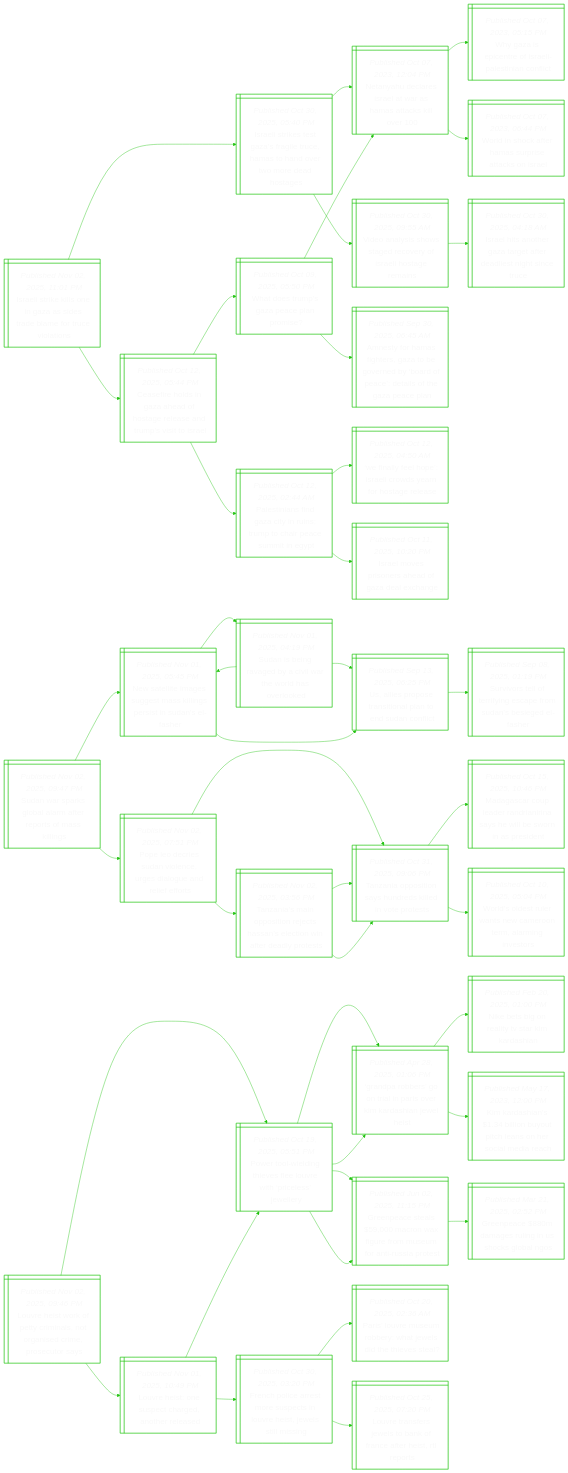
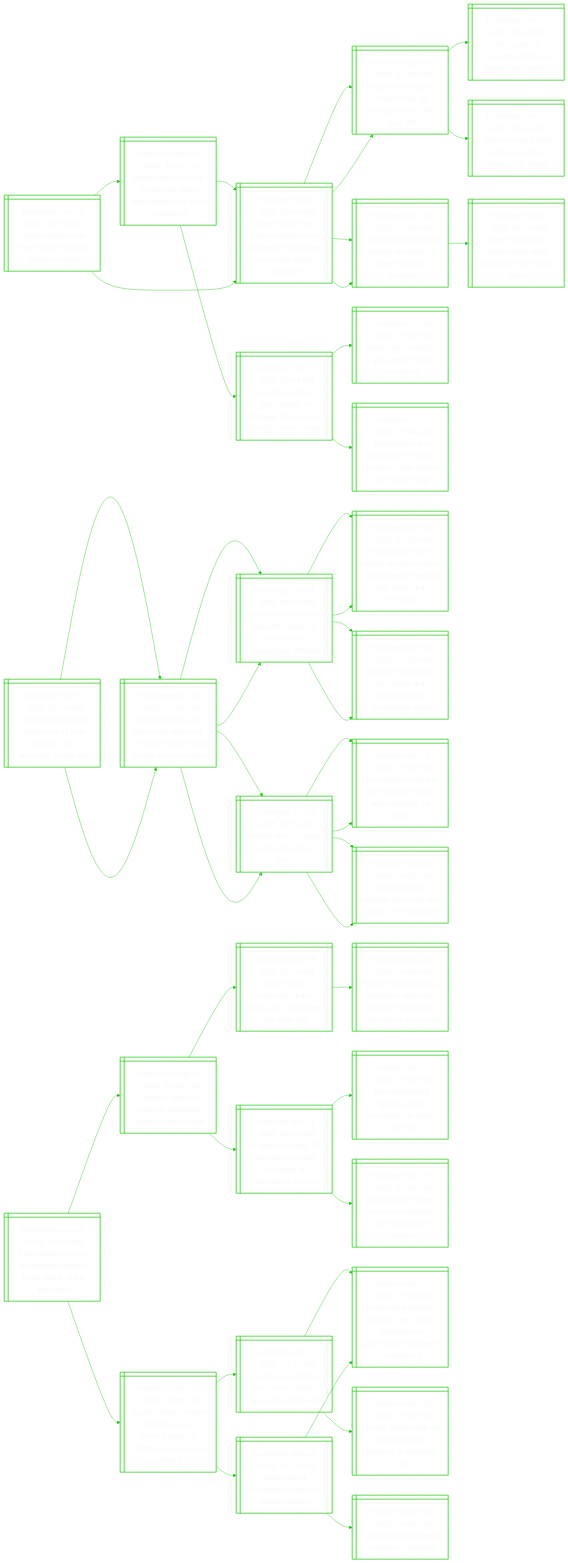
Before and after one commit to notJmes/notJmes: the diagram in README.md, drawn with Mermaid. The commit also changed other lines of this file, not shown here.

````diff
--- a/README.md
+++ b/README.md
@@ -16,8 +16,22 @@
 flowchart LR
 classDef txtsize font-size:20px;
 
+Hhohosbsr@{ shape: win-pane, label: "_Published Nov 03, 2025, 03:55 AM_
+Hamas hands over three more hostage bodies to israel" }
 Ililezirlocln@{ shape: win-pane, label: "_Published Nov 02, 2025, 11:01 PM_
 Israeli strike kills one in gaza as sides trade blame for truce violations" }
+IliezatHtdtrda@{ shape: win-pane, label: "_Published Oct 30, 2025, 05:40 PM_
+Israeli strikes test gaza’s fragile truce, hamas to hand over two more dead hostages" }
+NyeeawHakl@{ shape: win-pane, label: "_Published Oct 07, 2023, 12:04 PM_
+Netanyahu declares israel at war as hamas attacks kill over 100" }
+Vasoaersiam@{ shape: win-pane, label: "_Published Oct 30, 2025, 09:55 AM_
+Video analysis shows staged recovery of israeli hostage remains" }
+Cfonaoteervta@{ shape: win-pane, label: "_Published Oct 12, 2025, 05:44 PM_
+Ceasefire holds in gaza ahead of hostage release and trump’s visit to israel" }
+Wouaaam@{ shape: win-pane, label: "_Published Oct 09, 2025, 05:50 PM_
+What does trump’s gaza peace plan promise?" }
+PtndCnspaamnt@{ shape: win-pane, label: "_Published Oct 12, 2025, 02:44 AM_
+Palestinians find gaza city in ruins; trump to chair peace summit in egypt" }
 IliezatHtdtrda@{ shape: win-pane, label: "_Published Oct 30, 2025, 05:40 PM_
 Israeli strikes test gaza’s fragile truce, hamas to hand over two more dead hostages" }
 NyeeawHakl@{ shape: win-pane, label: "_Published Oct 07, 2023, 12:04 PM_
@@ -30,119 +44,108 @@
 Video analysis shows staged recovery of israeli hostage remains" }
 Ilaeaeedttee@{ shape: win-pane, label: "_Published Oct 30, 2025, 04:18 AM_
 Israel hits another gaza target after deadliest night since truce" }
-Cfonaoteervta@{ shape: win-pane, label: "_Published Oct 12, 2025, 05:44 PM_
-Ceasefire holds in gaza ahead of hostage release and trump’s visit to israel" }
-Wouaaam@{ shape: win-pane, label: "_Published Oct 09, 2025, 05:50 PM_
-What does trump’s gaza peace plan promise?" }
-AtHfezerydatoGel@{ shape: win-pane, label: "_Published Sep 30, 2025, 06:45 AM_
-Amnesty for hamas fighters, gaza to be governed by ‘board of peace’: details of the gaza peace plan" }
-NyeeawHakl@{ shape: win-pane, label: "_Published Oct 07, 2023, 12:04 PM_
-Netanyahu declares israel at war as hamas attacks kill over 100" }
-PtndCnspaamnt@{ shape: win-pane, label: "_Published Oct 12, 2025, 02:44 AM_
-Palestinians find gaza city in ruins; trump to chair peace summit in egypt" }
-Waeparyfsrs@{ shape: win-pane, label: "_Published Oct 12, 2025, 04:50 AM_
-‘we finally feel hope’: israeli crowds yearn for hostage release" }
-Ilsoaoaen@{ shape: win-pane, label: "_Published Oct 11, 2025, 10:20 PM_
-Israel moves prisoners ahead of gaza deal exchange" }
 
+Hhohosbsr:::txtsize --> Ililezirlocln:::txtsize
 Ililezirlocln:::txtsize --> IliezatHtdtrda:::txtsize
+IliezatHtdtrda:::txtsize --> NyeeawHakl:::txtsize
+IliezatHtdtrda:::txtsize --> Vasoaersiam:::txtsize
+Ililezirlocln:::txtsize --> Cfonaoteervta:::txtsize
+Cfonaoteervta:::txtsize --> Wouaaam:::txtsize
+Cfonaoteervta:::txtsize --> PtndCnspaamnt:::txtsize
+Hhohosbsr:::txtsize --> IliezatHtdtrda:::txtsize
 IliezatHtdtrda:::txtsize --> NyeeawHakl:::txtsize
 NyeeawHakl:::txtsize --> WzptIleint:::txtsize
 NyeeawHakl:::txtsize --> Wiceapaks:::txtsize
 IliezatHtdtrda:::txtsize --> Vasoaersiam:::txtsize
 Vasoaersiam:::txtsize --> Ilaeaeedttee:::txtsize
-Ililezirlocln:::txtsize --> Cfonaoteervta:::txtsize
-Cfonaoteervta:::txtsize --> Wouaaam:::txtsize
-Wouaaam:::txtsize --> AtHfezerydatoGel:::txtsize
-Wouaaam:::txtsize --> NyeeawHakl:::txtsize
-Cfonaoteervta:::txtsize --> PtndCnspaamnt:::txtsize
-PtndCnspaamnt:::txtsize --> Waeparyfsrs:::txtsize
-PtndCnspaamnt:::txtsize --> Ilsoaoaen:::txtsize
 
-Swalaartals@{ shape: win-pane, label: "_Published Nov 02, 2025, 09:47 PM_
-Sudan war sparks global alarm after reports of mass killings" }
-Nttggmigsnna@{ shape: win-pane, label: "_Published Nov 01, 2025, 05:45 PM_
-New satellite images suggest mass killings persist in sudan’s el-fasher" }
-Sinayitrsld@{ shape: win-pane, label: "_Published Nov 01, 2025, 04:19 PM_
-Sudan is being ravaged by a civil war the world has overlooked" }
-Nttggmigsnna@{ shape: win-pane, label: "_Published Nov 01, 2025, 05:45 PM_
-New satellite images suggest mass killings persist in sudan’s el-fasher" }
-Uiotiandnl@{ shape: win-pane, label: "_Published Sep 13, 2025, 06:25 PM_
-Us, allies propose transitional plan to end sudan conflict" }
-Uiotiandnl@{ shape: win-pane, label: "_Published Sep 13, 2025, 06:25 PM_
-Us, allies propose transitional plan to end sudan conflict" }
-SvetfeeSsele@{ shape: win-pane, label: "_Published Sep 08, 2025, 01:19 PM_
-Survivors tell of terrifying escape from sudan’s besieged el-fasher" }
-Peruicelalfs@{ shape: win-pane, label: "_Published Nov 02, 2025, 07:51 PM_
-Pope leo decries sudan violence, urges dialogue and relief efforts" }
-Tnpiydkdtt@{ shape: win-pane, label: "_Published Oct 31, 2025, 09:06 PM_
-Tanzania opposition says hundreds killed in vote protests" }
-MaceRiiyisire@{ shape: win-pane, label: "_Published Oct 15, 2025, 10:46 PM_
-Madagascar coup leader randrianirina says he will be sworn in as president" }
-WssetCorrit@{ shape: win-pane, label: "_Published Oct 10, 2025, 05:04 PM_
-World’s oldest ruler wants new cameroon term, alarming investors" }
-TnapijHncwtart@{ shape: win-pane, label: "_Published Nov 02, 2025, 03:56 PM_
-Tanzania’s main opposition rejects hassan’s election win after deadly protests" }
-Tnpiydkdtt@{ shape: win-pane, label: "_Published Oct 31, 2025, 09:06 PM_
-Tanzania opposition says hundreds killed in vote protests" }
-Tnpiydkdtt@{ shape: win-pane, label: "_Published Oct 31, 2025, 09:06 PM_
-Tanzania opposition says hundreds killed in vote protests" }
+Uibsitnanrsiy@{ shape: win-pane, label: "_Published Nov 03, 2025, 03:29 AM_
+Uk train stabbings carried out by lone attacker, not terrorism, police say" }
+BsiynectrnnBsat@{ shape: win-pane, label: "_Published Nov 02, 2025, 02:59 PM_
+British police say train knife attack not terrorist incident, two british men arrested" }
+Bsoisnaceaec@{ shape: win-pane, label: "_Published Oct 03, 2025, 06:58 AM_
+British man of syrian descent named as manchester synagogue attacker" }
+Sontasaerdnhnit@{ shape: win-pane, label: "_Published Oct 03, 2025, 12:20 AM_
+Synagogue knife attack alarms britain’s jews already dealing with rising anti-semitism" }
+Sesaletiasot@{ shape: win-pane, label: "_Published Oct 03, 2025, 02:10 AM_
+Starmer says britain will defeat anti-semitism after synagogue attack" }
+Bieaykccs@{ shape: win-pane, label: "_Published Jul 29, 2025, 02:18 PM_
+Britain tries to tackle youth knife crime crisis" }
+Tinentittape@{ shape: win-pane, label: "_Published Jul 29, 2024, 09:30 PM_
+Two children killed in knife attack in north-west england: uk police" }
+Bsealhtfmln@{ shape: win-pane, label: "_Published Sep 09, 2024, 06:35 PM_
+British pm keir starmer launches anti-knife crime coalition" }
+BsiynectrnnBsat@{ shape: win-pane, label: "_Published Nov 02, 2025, 02:59 PM_
+British police say train knife attack not terrorist incident, two british men arrested" }
+Bsoisnaceaec@{ shape: win-pane, label: "_Published Oct 03, 2025, 06:58 AM_
+British man of syrian descent named as manchester synagogue attacker" }
+Sontasaerdnhnit@{ shape: win-pane, label: "_Published Oct 03, 2025, 12:20 AM_
+Synagogue knife attack alarms britain’s jews already dealing with rising anti-semitism" }
+Sesaletiasot@{ shape: win-pane, label: "_Published Oct 03, 2025, 02:10 AM_
+Starmer says britain will defeat anti-semitism after synagogue attack" }
+Bieaykccs@{ shape: win-pane, label: "_Published Jul 29, 2025, 02:18 PM_
+Britain tries to tackle youth knife crime crisis" }
+Tinentittape@{ shape: win-pane, label: "_Published Jul 29, 2024, 09:30 PM_
+Two children killed in knife attack in north-west england: uk police" }
+Bsealhtfmln@{ shape: win-pane, label: "_Published Sep 09, 2024, 06:35 PM_
+British pm keir starmer launches anti-knife crime coalition" }
 
-Swalaartals:::txtsize --> Nttggmigsnna:::txtsize
-Nttggmigsnna:::txtsize --> Sinayitrsld:::txtsize
-Sinayitrsld:::txtsize --> Nttggmigsnna:::txtsize
-Sinayitrsld:::txtsize --> Uiotiandnl:::txtsize
-Nttggmigsnna:::txtsize --> Uiotiandnl:::txtsize
-Uiotiandnl:::txtsize --> SvetfeeSsele:::txtsize
-Swalaartals:::txtsize --> Peruicelalfs:::txtsize
-Peruicelalfs:::txtsize --> Tnpiydkdtt:::txtsize
-Tnpiydkdtt:::txtsize --> MaceRiiyisire:::txtsize
-Tnpiydkdtt:::txtsize --> WssetCorrit:::txtsize
-Peruicelalfs:::txtsize --> TnapijHncwtart:::txtsize
-TnapijHncwtart:::txtsize --> Tnpiydkdtt:::txtsize
-TnapijHncwtart:::txtsize --> Tnpiydkdtt:::txtsize
+Uibsitnanrsiy:::txtsize --> BsiynectrnnBsat:::txtsize
+BsiynectrnnBsat:::txtsize --> Bsoisnaceaec:::txtsize
+Bsoisnaceaec:::txtsize --> Sontasaerdnhnit:::txtsize
+Bsoisnaceaec:::txtsize --> Sesaletiasot:::txtsize
+BsiynectrnnBsat:::txtsize --> Bieaykccs:::txtsize
+Bieaykccs:::txtsize --> Tinentittape:::txtsize
+Bieaykccs:::txtsize --> Bsealhtfmln:::txtsize
+Uibsitnanrsiy:::txtsize --> BsiynectrnnBsat:::txtsize
+BsiynectrnnBsat:::txtsize --> Bsoisnaceaec:::txtsize
+Bsoisnaceaec:::txtsize --> Sontasaerdnhnit:::txtsize
+Bsoisnaceaec:::txtsize --> Sesaletiasot:::txtsize
+BsiynectrnnBsat:::txtsize --> Bieaykccs:::txtsize
+Bieaykccs:::txtsize --> Tinentittape:::txtsize
+Bieaykccs:::txtsize --> Bsealhtfmln:::txtsize
 
-Letotmsrsioty@{ shape: win-pane, label: "_Published Nov 02, 2025, 09:46 PM_
-Louvre heist work of petty criminals, not organised crime, prosecutor says" }
-Ptineluiisey@{ shape: win-pane, label: "_Published Oct 19, 2025, 05:51 PM_
-Power tool-wielding thieves flee louvre with ‘priceless’ jewellery" }
-GpboiPoidaes@{ shape: win-pane, label: "_Published Apr 28, 2025, 01:06 PM_
-‘grandpa robbers’ go on trial in paris over kim kardashian jewel heist" }
-NegaTrah@{ shape: win-pane, label: "_Published Feb 20, 2025, 01:00 PM_
-Nike bets big on reality tv star kim kardashian" }
-Kriinucneida@{ shape: win-pane, label: "_Published May 17, 2023, 12:00 PM_
-Kim kardashian's $1.34 billion buyout pitch leans on her social media reach" }
-Gpssofemmnsrt@{ shape: win-pane, label: "_Published Jun 02, 2025, 11:15 PM_
-Greenpeace steals $59,000 macron wax figure from museum for anti-russia protest" }
-GpmglnolN@{ shape: win-pane, label: "_Published Mar 21, 2025, 02:52 PM_
-Greenpeace $880m damages ruling in us shocks global ngos" }
-Letutgors@{ shape: win-pane, label: "_Published Nov 01, 2025, 10:49 PM_
-Louvre heist: one suspect charged, another released" }
-Ptineluiisey@{ shape: win-pane, label: "_Published Oct 19, 2025, 05:51 PM_
-Power tool-wielding thieves flee louvre with ‘priceless’ jewellery" }
-GpboiPoidaes@{ shape: win-pane, label: "_Published Apr 28, 2025, 01:06 PM_
-‘grandpa robbers’ go on trial in paris over kim kardashian jewel heist" }
-Gpssofemmnsrt@{ shape: win-pane, label: "_Published Jun 02, 2025, 11:15 PM_
-Greenpeace steals $59,000 macron wax figure from museum for anti-russia protest" }
-Fhcerpiviwtig@{ shape: win-pane, label: "_Published Oct 30, 2025, 03:20 PM_
-French police arrest more suspects in louvre heist, jewels still missing" }
-PLeubhwitea@{ shape: win-pane, label: "_Published Oct 20, 2025, 02:36 AM_
-Paris’ louvre museum robbery: what jewels did the thieves steal?" }
-LesjsnrahRp@{ shape: win-pane, label: "_Published Oct 25, 2025, 07:20 PM_
-Louvre transfers jewels to bank of france after heist, rtl reports" }
+Fascayereen@{ shape: win-pane, label: "_Published Nov 03, 2025, 03:13 AM_
+Fire ravages french monastery dubbed ‘notre-dame of the ardennes’" }
+Hrameernez@{ shape: win-pane, label: "_Published Aug 09, 2025, 04:10 PM_
+Historic spanish mosque-cathedral reopens after blaze" }
+NDeekimfiai@{ shape: win-pane, label: "_Published Dec 09, 2024, 05:29 AM_
+Notre dame welcomes back public for mass after five-year refit" }
+MngmaZsgrdtme@{ shape: win-pane, label: "_Published Dec 08, 2024, 04:59 AM_
+Macron brings trump, ukraine’s zelensky together ahead of notre-dame ceremony" }
+Asljicogmsc@{ shape: win-pane, label: "_Published Jun 23, 2025, 01:28 AM_
+At least 20 killed, 52 injured in suicide bombing at damascus church" }
+Ievgtyocynq@{ shape: win-pane, label: "_Published Jun 12, 2025, 02:08 PM_
+Isis reactivating fighters, eying comeback in syria and iraq" }
+Snrtedmadse@{ shape: win-pane, label: "_Published May 17, 2025, 10:08 PM_
+Syrian government forces raid islamic state hideouts in aleppo" }
+SKnrtteenleter@{ shape: win-pane, label: "_Published Mar 27, 2025, 02:55 PM_
+South koreans mourn historic temple burned down by wildfire, race to save others" }
+SKbesrfatl@{ shape: win-pane, label: "_Published Mar 27, 2025, 10:35 AM_
+South korea battles worst ever wildfires as death toll hits 27" }
+SKwieepdvecsg@{ shape: win-pane, label: "_Published Mar 17, 2025, 10:00 AM_
+South korea wildfires: 4 dead, over 1,500 displaced as government declares emergency" }
+Sgsutairigt@{ shape: win-pane, label: "_Published Mar 26, 2025, 07:31 PM_
+Strong winds whip up western japan wildfires; 8 buildings lost" }
+SKsgoaair@{ shape: win-pane, label: "_Published Mar 25, 2025, 01:35 PM_
+South korea struggles to contain deadly wildfires" }
+SKwieepdvecsg@{ shape: win-pane, label: "_Published Mar 17, 2025, 10:00 AM_
+South korea wildfires: 4 dead, over 1,500 displaced as government declares emergency" }
+Jbegires@{ shape: win-pane, label: "_Published Mar 01, 2025, 04:39 PM_
+Japan battles biggest wildfire in decades" }
 
-Letotmsrsioty:::txtsize --> Ptineluiisey:::txtsize
-Ptineluiisey:::txtsize --> GpboiPoidaes:::txtsize
-GpboiPoidaes:::txtsize --> NegaTrah:::txtsize
-GpboiPoidaes:::txtsize --> Kriinucneida:::txtsize
-Ptineluiisey:::txtsize --> Gpssofemmnsrt:::txtsize
-Gpssofemmnsrt:::txtsize --> GpmglnolN:::txtsize
-Letotmsrsioty:::txtsize --> Letutgors:::txtsize
-Letutgors:::txtsize --> Ptineluiisey:::txtsize
-Ptineluiisey:::txtsize --> GpboiPoidaes:::txtsize
-Ptineluiisey:::txtsize --> Gpssofemmnsrt:::txtsize
-Letutgors:::txtsize --> Fhcerpiviwtig:::txtsize
-Fhcerpiviwtig:::txtsize --> PLeubhwitea:::txtsize
-Fhcerpiviwtig:::txtsize --> LesjsnrahRp:::txtsize
+Fascayereen:::txtsize --> Hrameernez:::txtsize
+Hrameernez:::txtsize --> NDeekimfiai:::txtsize
+NDeekimfiai:::txtsize --> MngmaZsgrdtme:::txtsize
+Hrameernez:::txtsize --> Asljicogmsc:::txtsize
+Asljicogmsc:::txtsize --> Ievgtyocynq:::txtsize
+Asljicogmsc:::txtsize --> Snrtedmadse:::txtsize
+Fascayereen:::txtsize --> SKnrtteenleter:::txtsize
+SKnrtteenleter:::txtsize --> SKbesrfatl:::txtsize
+SKbesrfatl:::txtsize --> SKwieepdvecsg:::txtsize
+SKbesrfatl:::txtsize --> Sgsutairigt:::txtsize
+SKnrtteenleter:::txtsize --> SKsgoaair:::txtsize
+SKsgoaair:::txtsize --> SKwieepdvecsg:::txtsize
+SKsgoaair:::txtsize --> Jbegires:::txtsize
 
 ```
````
